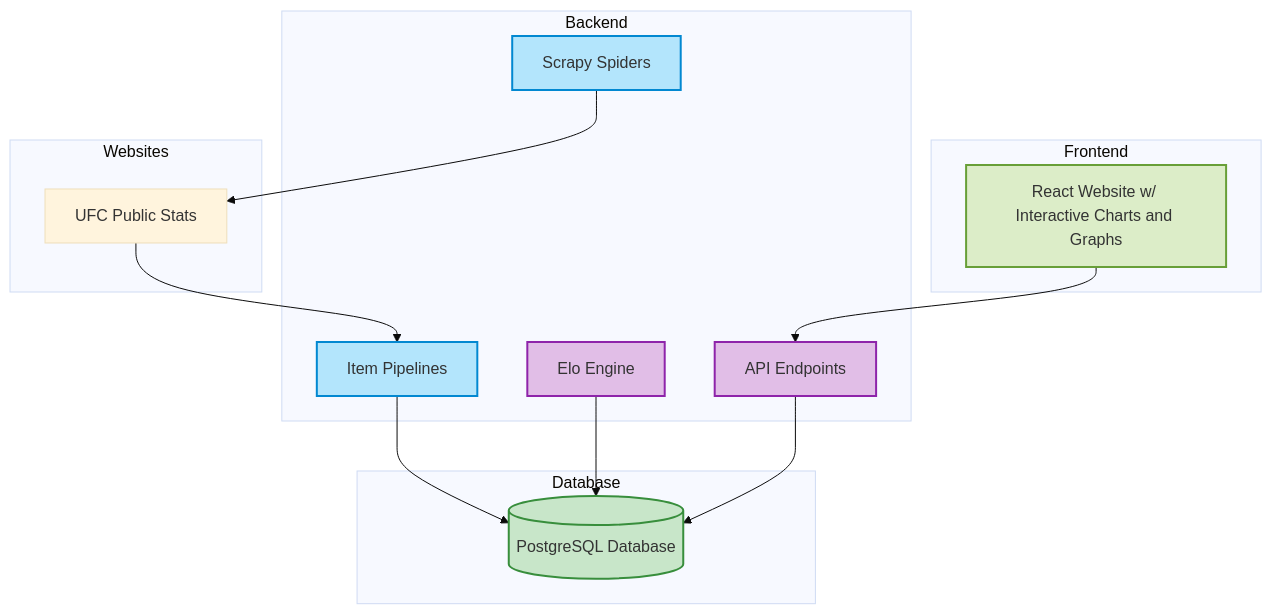
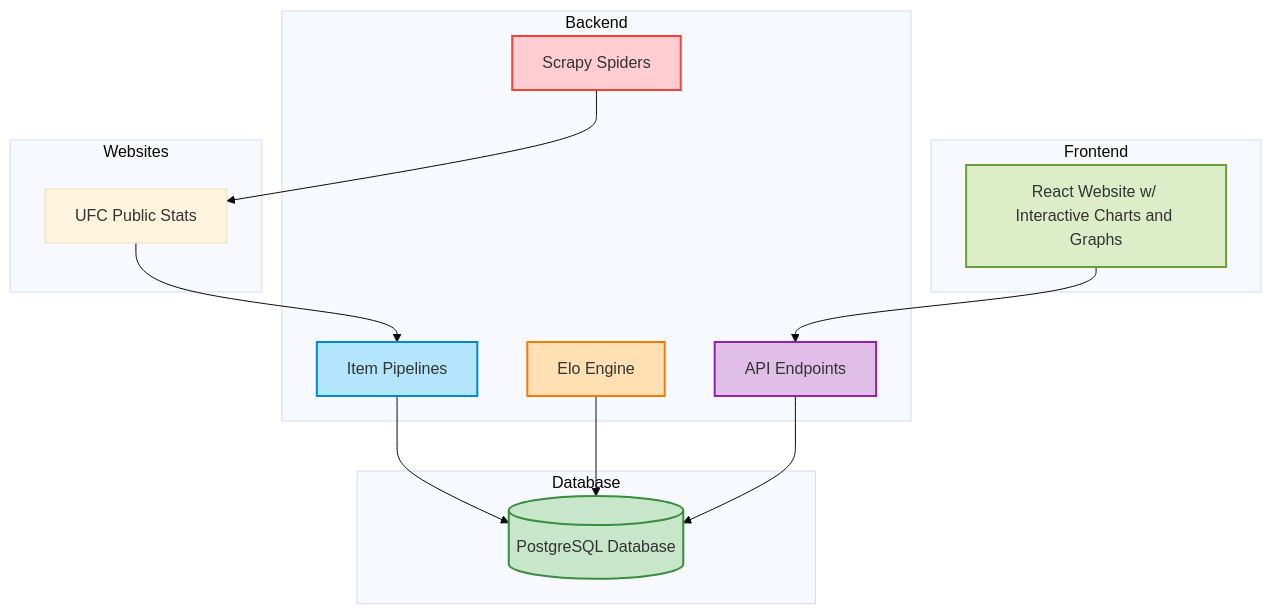
Before and after one commit to alpinedev51/mma-elo-engine-py: the diagram in README.md, drawn with Mermaid (base theme).

````diff
--- a/README.md
+++ b/README.md
@@ -52,44 +52,48 @@
 ```mermaid
 flowchart TD
 
     subgraph Websites
         W1[UFC Public Stats]
     end
 
     subgraph Backend
         A1[Scrapy Spiders] --> W1
         W1 --> A2[Item Pipelines]
         A3[Elo Engine]
         A4[API Endpoints]
         click A1 "Scrapy Spiders regularly crawl MMA websites for fighter data."
         click A2 "Pipelines process and store the fighter data into the database."
         click A3 "Elo engine processes data in database and updates Elo scores."
         click A4 "APIs provide access to database via CRUD operations."
     end
 
     subgraph Database
         B1[(PostgreSQL Database)]
         click B1 "PostgreSQL database stores and handles fighter data and Elo scores."
     end
 
     subgraph Frontend
         E1[React Website w/ Interactive Charts and Graphs] --> A4
         click E1 "Provides UI for interacting with Backend API."
         click E1 "Data is displayed in a React-based frontend."
     end
 
     A2 --> B1
     A3 --> B1
     A4 --> B1
 
     classDef blue fill:#B3E5FC,stroke:#0288D1,stroke-width:2px;
     classDef green fill:#C8E6C9,stroke:#388E3C,stroke-width:2px;
     classDef orange fill:#FFE0B2,stroke:#F57C00,stroke-width:2px;
     classDef purple fill:#E1BEE7,stroke:#8E24AA,stroke-width:2px;
     classDef lightgreen fill:#DCEDC8,stroke:#689F38,stroke-width:2px;
+    classDef red fill:#FFCDD2,stroke:#F44336,stroke-width:2px;
+    classDef yellow fill:#FFF9C4,stroke:#FFEB3B,stroke-width:2px;
 
-    class A1,A2 blue;
+    class A1 red;
+    class A2 blue;
     class B1 green;
-    class A3,A4 purple;
+    class A3 orange;
+    class A4 purple;
     class E1 lightgreen;
 ```
````
